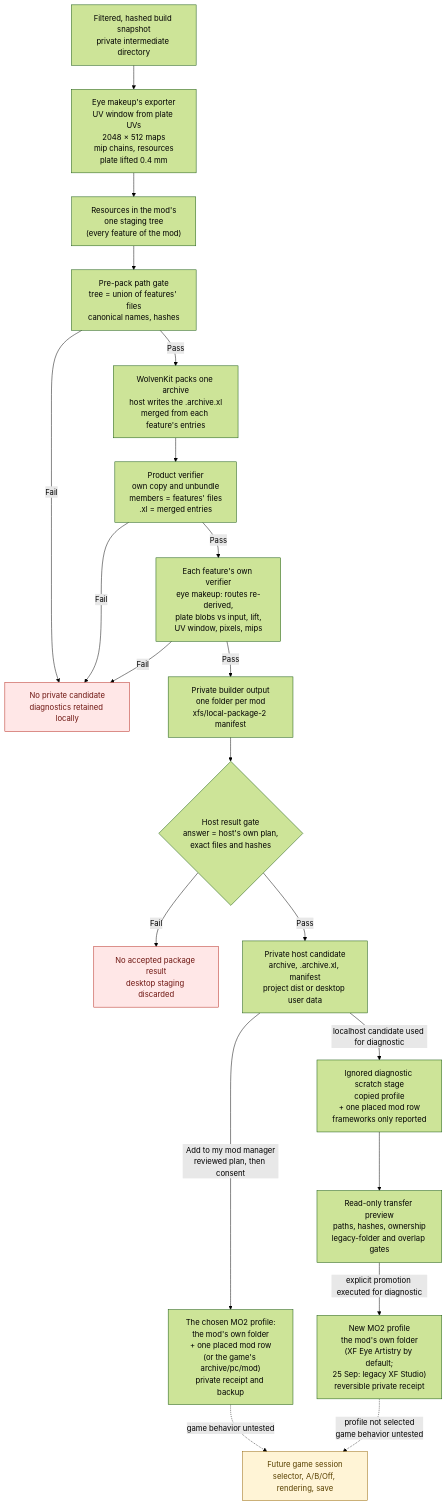
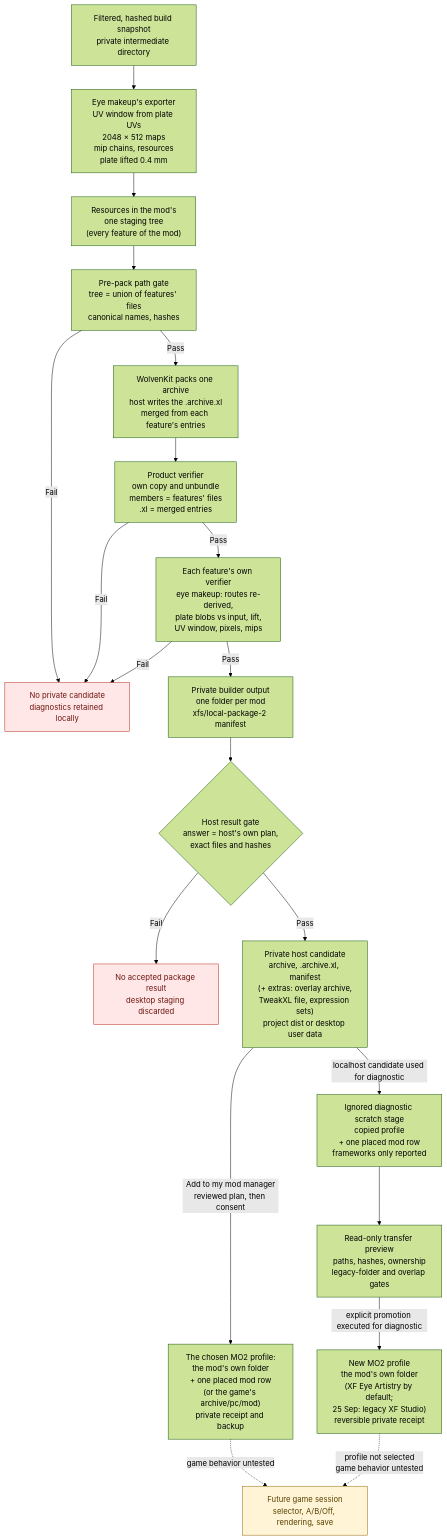
One commit to axefrog/xf-studio changed the second of 4 diagrams in research/authoring/studio-to-mod-pipeline.md. Above: the diagram before and after it, drawn with Mermaid (forest theme). The commit also changed other lines of this file and 4 other files, not shown here.

Commit message:
Expression export docs: pipeline section and diagram (rendered and inspected), action catalogue, part-preset set invariants, phase 3 status, session ask N11 (R4-R5)

````diff
--- a/research/authoring/studio-to-mod-pipeline.md
+++ b/research/authoring/studio-to-mod-pipeline.md
@@ -52,27 +52,27 @@
 ```mermaid
 flowchart TB
   snapshot["Filtered, hashed build snapshot<br/>private intermediate directory"] --> bake["Eye makeup's exporter<br/>UV window from plate UVs<br/>2048 × 512 maps<br/>mip chains, resources<br/>plate lifted 0.4 mm"]
   bake --> resources["Resources in the mod's<br/>one staging tree<br/>(every feature of the mod)"]
   resources --> gate["Pre-pack path gate<br/>tree = union of features' files<br/>canonical names, hashes"]
   gate -- Fail --> stop
   gate -- Pass --> pack["WolvenKit packs one archive<br/>host writes the .archive.xl<br/>merged from each feature's entries"]
   pack --> productVerifier["Product verifier<br/>own copy and unbundle<br/>members = features' files<br/>.xl = merged entries"]
   productVerifier -- Fail --> stop
   productVerifier -- Pass --> verifier["Each feature's own verifier<br/>eye makeup: routes re-derived,<br/>plate blobs vs input, lift,<br/>UV window, pixels, mips"]
   verifier -- Fail --> stop["No private candidate<br/>diagnostics retained locally"]
   verifier -- Pass --> dist["Private builder output<br/>one folder per mod<br/>xfs/local-package-2 manifest"]
   dist --> resultGate{"Host result gate<br/>answer = host's own plan,<br/>exact files and hashes"}
   resultGate -- Fail --> unaccepted["No accepted package result<br/>desktop staging discarded"]
-  resultGate -- Pass --> candidate["Private host candidate<br/>archive, .archive.xl, manifest<br/>project dist or desktop user data"]
+  resultGate -- Pass --> candidate["Private host candidate<br/>archive, .archive.xl, manifest<br/>(+ extras: overlay archive,<br/>TweakXL file, expression sets)<br/>project dist or desktop user data"]
   candidate -- "Add to my mod manager<br/>reviewed plan, then consent" --> install["The chosen MO2 profile:<br/>the mod's own folder<br/>+ one placed mod row<br/>(or the game's archive/pc/mod)<br/>private receipt and backup"]
   install -. "game behavior untested" .-> runtime
   candidate -- "localhost candidate used for diagnostic" --> scratch["Ignored diagnostic scratch stage<br/>copied profile<br/>+ one placed mod row<br/>frameworks only reported"]
   scratch --> preview["Read-only transfer preview<br/>paths, hashes, ownership<br/>legacy-folder and overlap gates"]
   preview -- "explicit promotion executed for diagnostic" --> mo2["New MO2 profile<br/>the mod's own folder<br/>(XF Eye Artistry by default;<br/>25 Sep: legacy XF Studio)<br/>reversible private receipt"]
   mo2 -. "profile not selected<br/>game behavior untested" .-> runtime["Future game session<br/>selector, A/B/Off, rendering, save"]
 
   classDef blocked fill:#ffe7e7,stroke:#b42318,color:#6e1611;
   classDef pending fill:#fff4d6,stroke:#946200,color:#594000;
   class stop,unaccepted blocked;
   class runtime pending;
 ```
````
